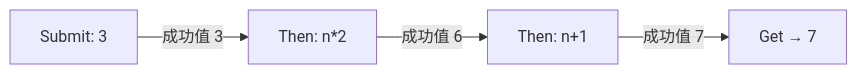
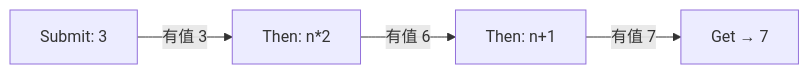
Before and after one commit to MYMarcoreus/COM-Framework: the sixth of 13 diagrams in Common/Async/docs/async-nothrow.md, drawn with Mermaid. The commit also changed other lines of this file and 6 other files, not shown here.

````diff
--- a/Common/Async/docs/async-nothrow.md
+++ b/Common/Async/docs/async-nothrow.md
@@ -248,6 +271,6 @@
 ```mermaid
 flowchart LR
-    A["Submit: 3"] -->|成功值 3| B["Then: n*2"]
-    B -->|成功值 6| C["Then: n+1"]
-    C -->|成功值 7| D["Get → 7"]
+    A["Submit: 3"] -->|有值 3| B["Then: n*2"]
+    B -->|有值 6| C["Then: n+1"]
+    C -->|有值 7| D["Get → 7"]
 ```
````
